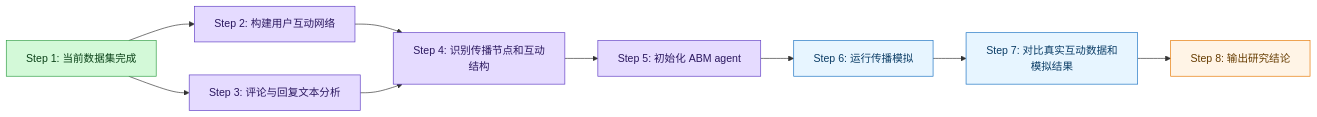
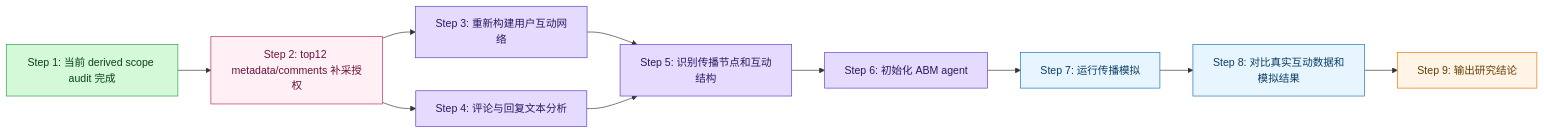
Before and after one commit to liu-qingyuan/llm-abm-marketing-sim: the fourth of 4 diagrams in docs/05-周报/2026-06-20-锦江酒店Douyin评论与回复数据集构建及LLM-ABM研究支撑.md, drawn with Mermaid. The commit also changed other lines of this file and 2 other files, not shown here.

First line of the commit message:
Refine Jinjiang Douyin scope around brand-owned hotel tags

````diff
--- a/docs/05-周报/2026-06-20-锦江酒店Douyin评论与回复数据集构建及LLM-ABM研究支撑.md
+++ b/docs/05-周报/2026-06-20-锦江酒店Douyin评论与回复数据集构建及LLM-ABM研究支撑.md
@@ -397,30 +441,34 @@
 ```mermaid
 graph LR
-    dataset["Step 1: 当前数据集完成"]
-    network["Step 2: 构建用户互动网络"]
-    textAnalysis["Step 3: 评论与回复文本分析"]
-    structure["Step 4: 识别传播节点和互动结构"]
-    agentInit["Step 5: 初始化 ABM agent"]
-    simulation["Step 6: 运行传播模拟"]
-    comparison["Step 7: 对比真实互动数据和模拟结果"]
-    conclusion["Step 8: 输出研究结论"]
+    dataset["Step 1: 当前 derived scope audit 完成"]
+    backfill["Step 2: top12 metadata/comments 补采授权"]
+    network["Step 3: 重新构建用户互动网络"]
+    textAnalysis["Step 4: 评论与回复文本分析"]
+    structure["Step 5: 识别传播节点和互动结构"]
+    agentInit["Step 6: 初始化 ABM agent"]
+    simulation["Step 7: 运行传播模拟"]
+    comparison["Step 8: 对比真实互动数据和模拟结果"]
+    conclusion["Step 9: 输出研究结论"]
 
-    dataset --> network
-    dataset --> textAnalysis
+    dataset --> backfill
+    backfill --> network
+    backfill --> textAnalysis
     network --> structure
     textAnalysis --> structure
     structure --> agentInit
     agentInit --> simulation
     simulation --> comparison
     comparison --> conclusion
 
     classDef doneClass fill:#d3f9d8,stroke:#2f9e44,color:#0b4218
+    classDef gapClass fill:#fff0f6,stroke:#c2255c,color:#6b1238
     classDef processClass fill:#e5dbff,stroke:#5f3dc4,color:#2b185f
     classDef futureClass fill:#e7f5ff,stroke:#1971c2,color:#0b3d66
     classDef resultClass fill:#fff4e6,stroke:#e67700,color:#663c00
 
     class dataset doneClass
+    class backfill gapClass
     class network,textAnalysis,structure,agentInit processClass
     class simulation,comparison futureClass
     class conclusion resultClass
 ```
````
